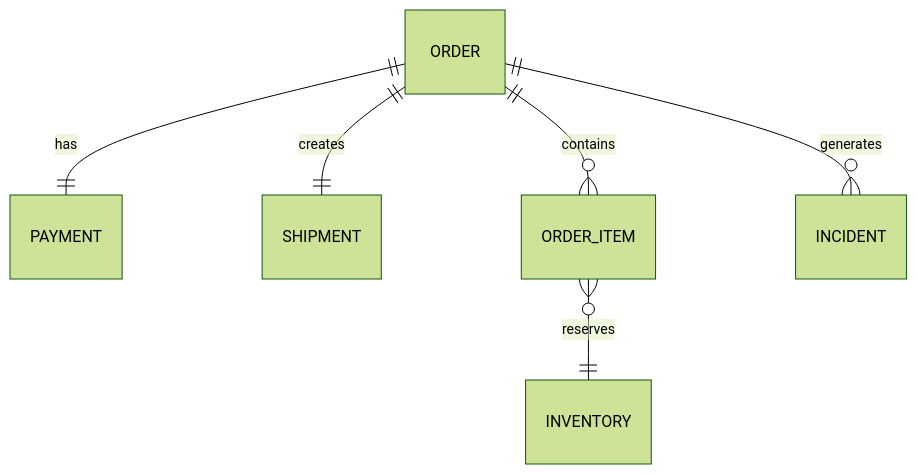
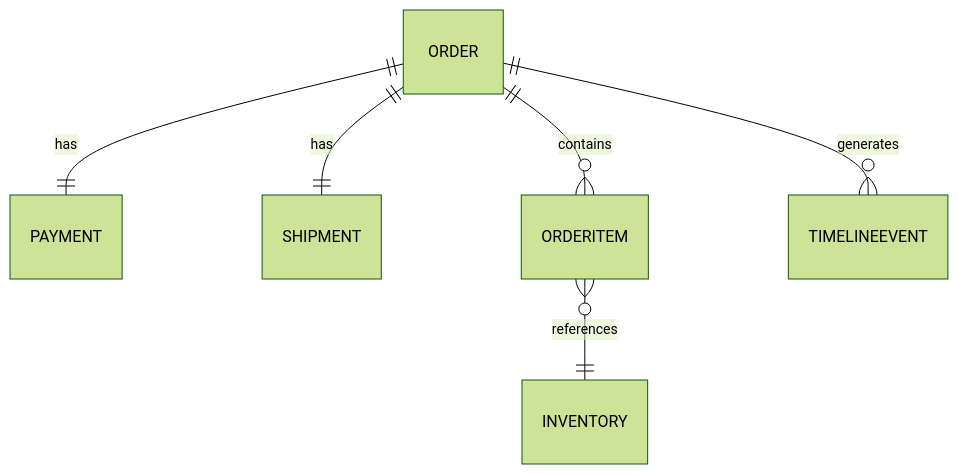
The diagram in MCP/docs/05_dataModel.md (Priyaanshuuu/MCP), drawn with Mermaid (forest theme) before and after one commit. The commit also changed other lines of this file and 8 other files, not shown here.

````diff
--- a/MCP/docs/05_dataModel.md
+++ b/MCP/docs/05_dataModel.md
@@ -20,13 +25,13 @@
 ```mermaid
 erDiagram
 
 ORDER ||--|| PAYMENT : has
 
-ORDER ||--|| SHIPMENT : creates
+ORDER ||--|| SHIPMENT : has
 
-ORDER ||--o{ ORDER_ITEM : contains
+ORDER ||--o{ ORDERITEM : contains
 
-ORDER_ITEM }o--|| INVENTORY : reserves
+ORDERITEM }o--|| INVENTORY : references
 
-ORDER ||--o{ INCIDENT : generates
+ORDER ||--o{ TIMELINEEVENT : generates
 ```
````
